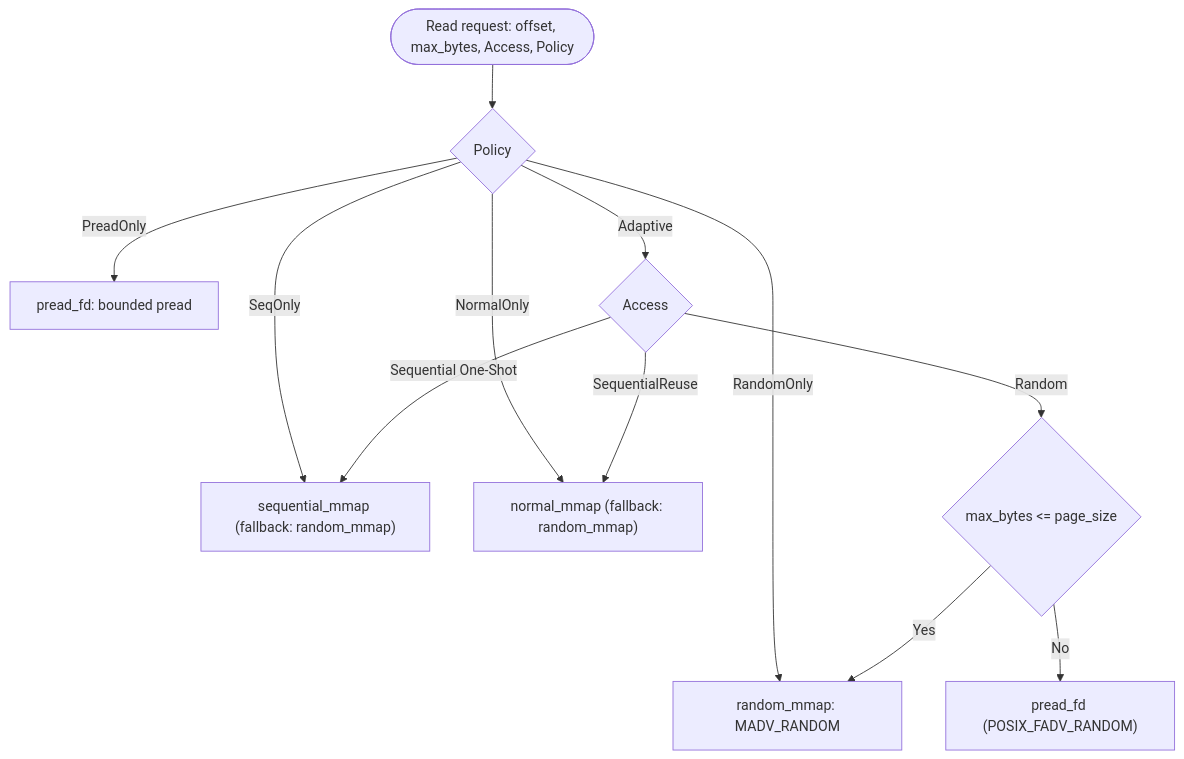
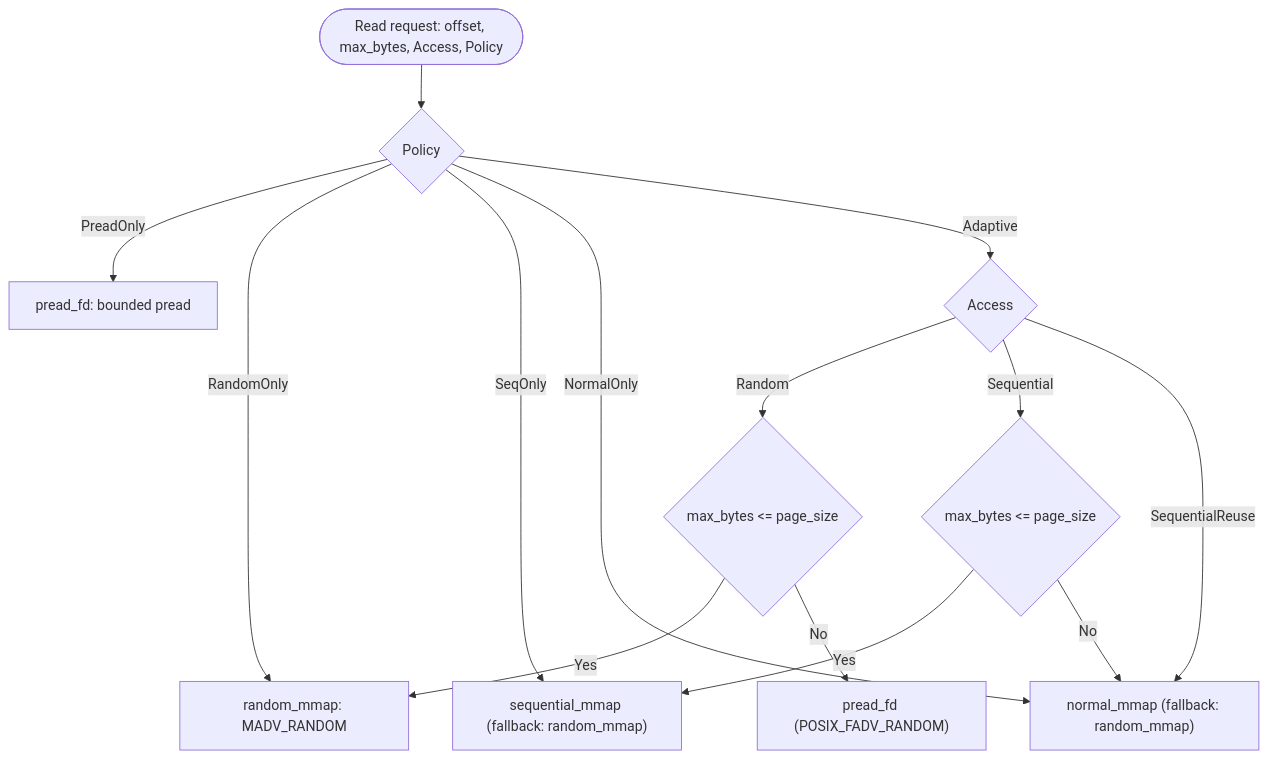
One commit to LineairDB/vmemkv changed the diagram in docs/specification/quadfecta.md. Above: the diagram before and after it, drawn with Mermaid. The commit also changed other lines of this file and 3 other files, not shown here.

Commit message:
quadfecta: unify 2x2 routing with page-size threshold on sequential

````diff
--- a/docs/specification/quadfecta.md
+++ b/docs/specification/quadfecta.md
@@ -34,14 +34,16 @@
 ```mermaid
 flowchart TB
     R([Read request: offset, max_bytes, Access, Policy]) --> P{Policy}
     P -->|PreadOnly| PR[pread_fd: bounded pread]
     P -->|RandomOnly| RM[random_mmap: MADV_RANDOM]
     P -->|SeqOnly| SM["sequential_mmap (fallback: random_mmap)"]
     P -->|NormalOnly| NM["normal_mmap (fallback: random_mmap)"]
     P -->|Adaptive| A{Access}
     A -->|Random| RS{max_bytes <= page_size}
-    A -->|Sequential One-Shot| SM
+    A -->|Sequential| SS{max_bytes <= page_size}
     A -->|SequentialReuse| NM
     RS -->|Yes| RM
     RS -->|No| PR2["pread_fd (POSIX_FADV_RANDOM)"]
+    SS -->|Yes| SM
+    SS -->|No| NM
 ```
````
